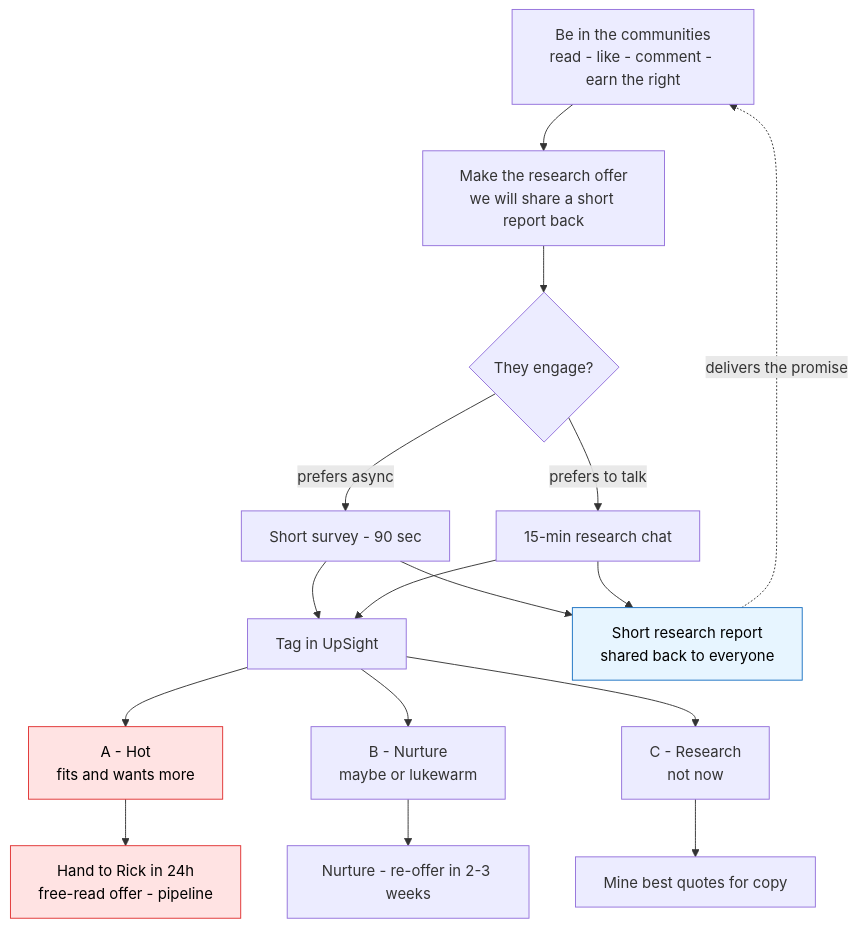
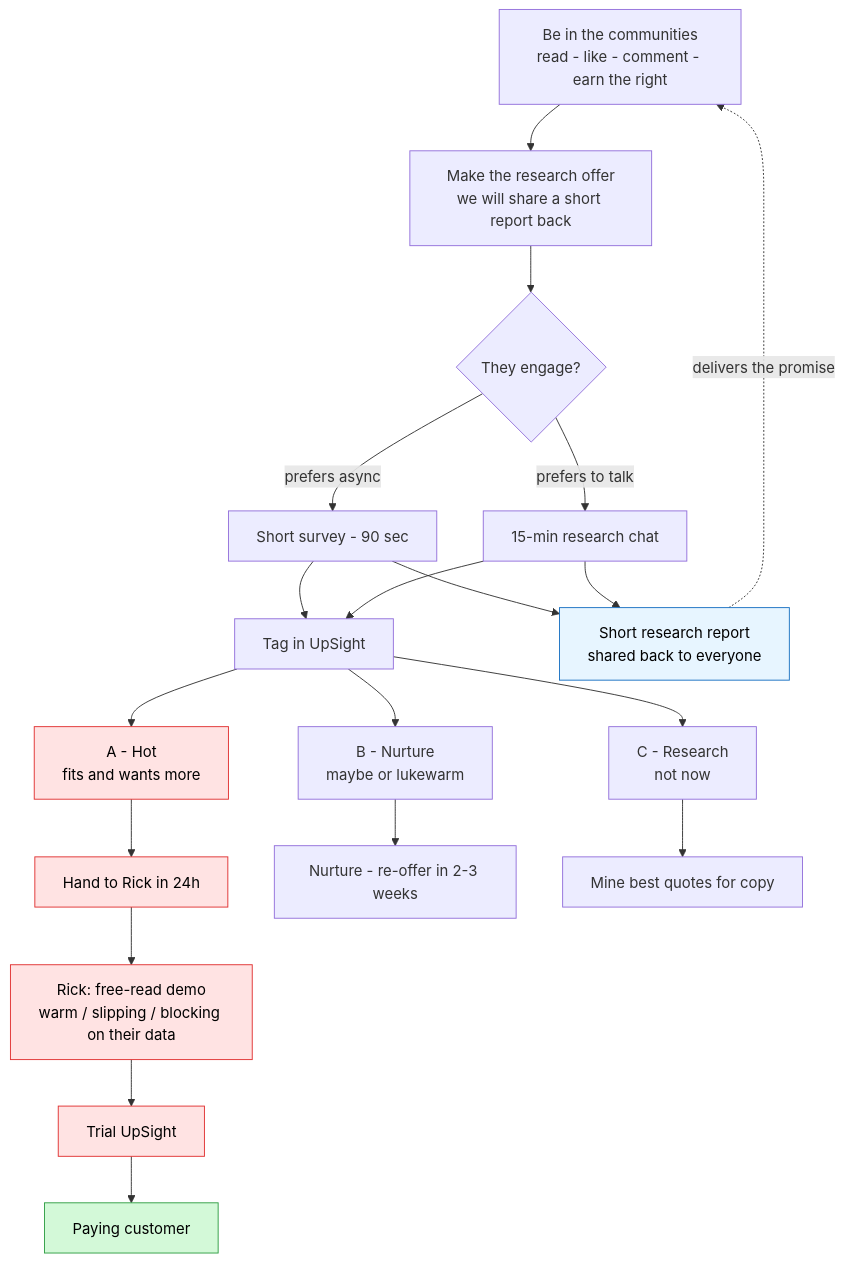
The first of 2 diagrams in 40-gtm/channels/outreach/nessa-run-sheet-2026-06-09.md (rockodragon/upsight-marketing), drawn with Mermaid before and after one commit. The commit also changed other lines of this file, not shown here.

First line of the commit message:
Extend motion diagram through trial+convert; add funnel #2 conversion math

````diff
--- a/40-gtm/channels/outreach/nessa-run-sheet-2026-06-09.md
+++ b/40-gtm/channels/outreach/nessa-run-sheet-2026-06-09.md
@@ -33,36 +33,41 @@
 ```mermaid
 flowchart TD
     A[Be in the communities<br/>read - like - comment - earn the right]
     B[Make the research offer<br/>we will share a short report back]
     C{They engage?}
     D[Short survey - 90 sec]
     E[15-min research chat]
     F[Tag in UpSight]
     G[A - Hot<br/>fits and wants more]
     H[B - Nurture<br/>maybe or lukewarm]
     I[C - Research<br/>not now]
-    J[Hand to Rick in 24h<br/>free-read offer - pipeline]
+    J[Hand to Rick in 24h]
+    M[Rick: free-read demo<br/>warm / slipping / blocking on their data]
+    N[Trial UpSight]
+    O[Paying customer]
     K[Nurture - re-offer in 2-3 weeks]
     L[Mine best quotes for copy]
     R[Short research report<br/>shared back to everyone]
 
     A --> B --> C
     C -->|prefers async| D
     C -->|prefers to talk| E
     D --> F
     E --> F
     F --> G
     F --> H
     F --> I
-    G --> J
+    G --> J --> M --> N --> O
     H --> K
     I --> L
     D --> R
     E --> R
     R -.->|delivers the promise| A
 
     classDef hot fill:#ffe3e3,stroke:#e03131,color:#000;
+    classDef win fill:#d3f9d8,stroke:#2f9e44,color:#000;
     classDef report fill:#e7f5ff,stroke:#1971c2,color:#000;
-    class G,J hot;
+    class G,J,M,N hot;
+    class O win;
     class R report;
 ```
````
